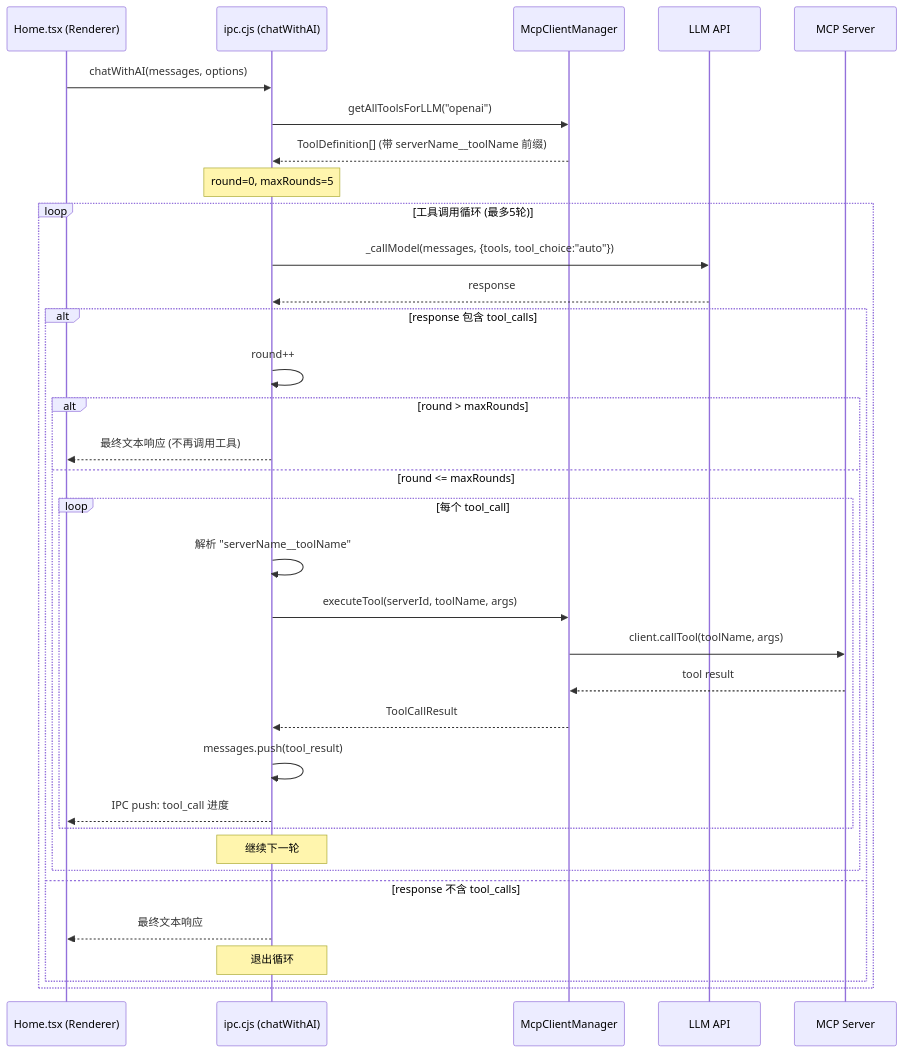
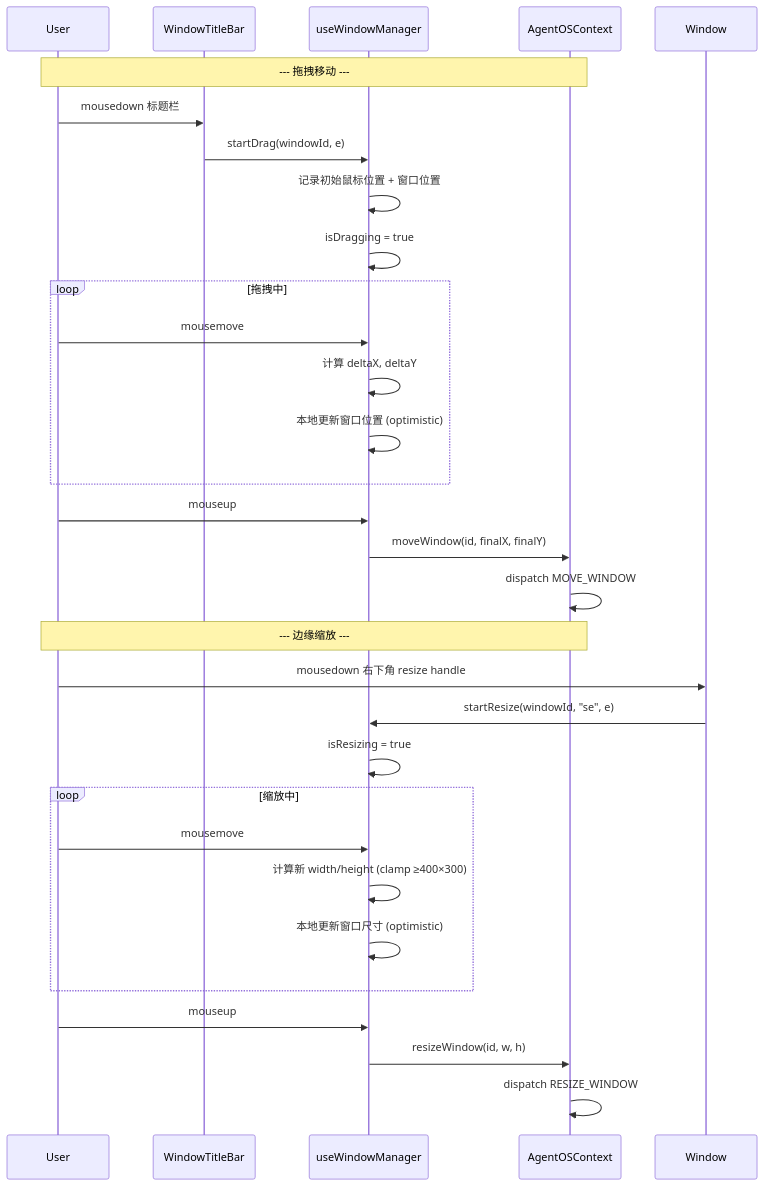
One commit to eafenzhang/workit changed the fourth of 5 diagrams in docs/system_design.md. Above: the diagram before and after it, drawn with Mermaid. The commit also changed other lines of this file and 33 other files, not shown here.

````diff
--- a/docs/system_design.md
+++ b/docs/system_design.md
@@ -247,40 +312,40 @@
 ```mermaid
 sequenceDiagram
-    participant Home as Home.tsx (Renderer)
-    participant IPC as ipc.cjs (chatWithAI)
-    participant MCM as McpClientManager
-    participant LLM as LLM API
-    participant MCP as MCP Server
+    participant User
+    participant WindowTitleBar
+    participant useWindowManager
+    participant AgentOSContext
 
-    Home->>IPC: chatWithAI(messages, options)
-    IPC->>MCM: getAllToolsForLLM("openai")
-    MCM-->>IPC: ToolDefinition[] (带 serverName__toolName 前缀)
+    Note over User,AgentOSContext: --- 拖拽移动 ---
 
-    Note over IPC: round=0, maxRounds=5
+    User->>WindowTitleBar: mousedown 标题栏
+    WindowTitleBar->>useWindowManager: startDrag(windowId, e)
+    useWindowManager->>useWindowManager: 记录初始鼠标位置 + 窗口位置
+    useWindowManager->>useWindowManager: isDragging = true
 
-    loop 工具调用循环 (最多5轮)
-        IPC->>LLM: _callModel(messages, {tools, tool_choice:"auto"})
-        LLM-->>IPC: response
+    loop 拖拽中
+        User->>useWindowManager: mousemove
+        useWindowManager->>useWindowManager: 计算 deltaX, deltaY
+        useWindowManager->>useWindowManager: 本地更新窗口位置 (optimistic)
+    end
 
-        alt response 包含 tool_calls
-            IPC->>IPC: round++
-            alt round > maxRounds
-                IPC-->>Home: 最终文本响应 (不再调用工具)
-            else round <= maxRounds
-                loop 每个 tool_call
-                    IPC->>IPC: 解析 "serverName__toolName"
-                    IPC->>MCM: executeTool(serverId, toolName, args)
-                    MCM->>MCP: client.callTool(toolName, args)
-                    MCP-->>MCM: tool result
-                    MCM-->>IPC: ToolCallResult
-                    IPC->>IPC: messages.push(tool_result)
-                    IPC-->>Home: IPC push: tool_call 进度
-                end
-                Note over IPC: 继续下一轮
-            end
-        else response 不含 tool_calls
-            IPC-->>Home: 最终文本响应
-            Note over IPC: 退出循环
-        end
+    User->>useWindowManager: mouseup
+    useWindowManager->>AgentOSContext: moveWindow(id, finalX, finalY)
+    AgentOSContext->>AgentOSContext: dispatch MOVE_WINDOW
+
+    Note over User,AgentOSContext: --- 边缘缩放 ---
+
+    User->>Window: mousedown 右下角 resize handle
+    Window->>useWindowManager: startResize(windowId, "se", e)
+    useWindowManager->>useWindowManager: isResizing = true
+
+    loop 缩放中
+        User->>useWindowManager: mousemove
+        useWindowManager->>useWindowManager: 计算新 width/height (clamp ≥400×300)
+        useWindowManager->>useWindowManager: 本地更新窗口尺寸 (optimistic)
     end
+
+    User->>useWindowManager: mouseup
+    useWindowManager->>AgentOSContext: resizeWindow(id, w, h)
+    AgentOSContext->>AgentOSContext: dispatch RESIZE_WINDOW
 ```
````
